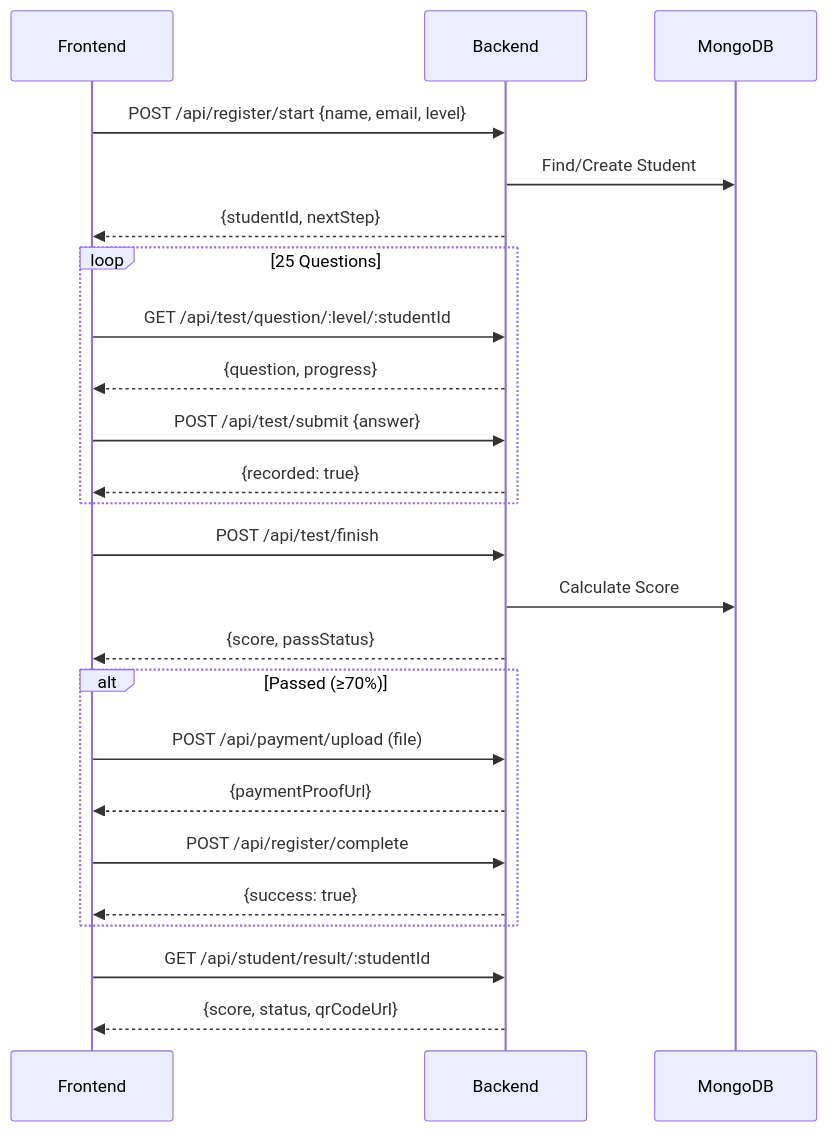
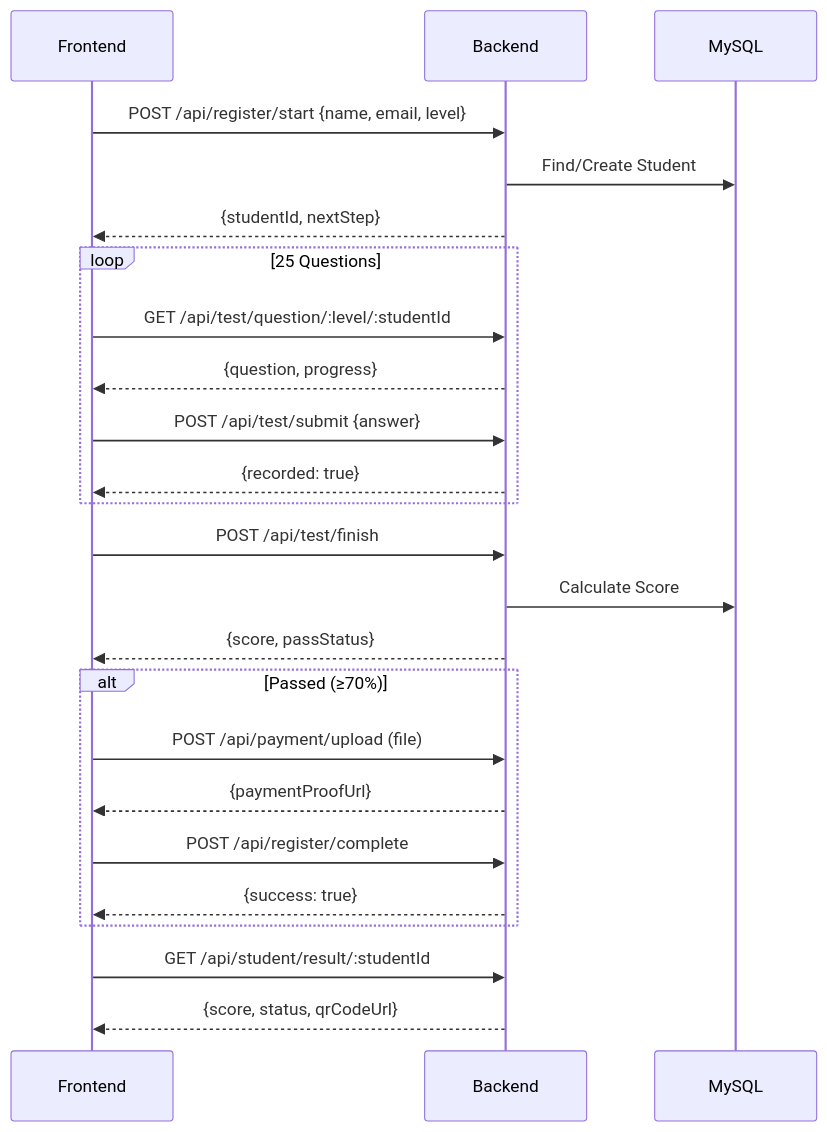
Before and after one commit to Nandenihon/nandenihon-ai: the diagram in README.md, drawn with Mermaid. The commit also changed other lines of this file and 45 other files, not shown here.

Commit message:
refactor: migrate database layer from MongoDB to MySQL and update associated API routes and data fetching logic.

````diff
--- a/README.md
+++ b/README.md
@@ -231,31 +230,31 @@
 ```mermaid
 sequenceDiagram
     participant FE as Frontend
     participant BE as Backend
-    participant DB as MongoDB
+    participant DB as MySQL
 
     FE->>BE: POST /api/register/start {name, email, level}
     BE->>DB: Find/Create Student
     BE-->>FE: {studentId, nextStep}
     
     loop 25 Questions
         FE->>BE: GET /api/test/question/:level/:studentId
         BE-->>FE: {question, progress}
         FE->>BE: POST /api/test/submit {answer}
         BE-->>FE: {recorded: true}
     end
     
     FE->>BE: POST /api/test/finish
     BE->>DB: Calculate Score
     BE-->>FE: {score, passStatus}
     
     alt Passed (≥70%)
         FE->>BE: POST /api/payment/upload (file)
         BE-->>FE: {paymentProofUrl}
         FE->>BE: POST /api/register/complete
         BE-->>FE: {success: true}
     end
     
     FE->>BE: GET /api/student/result/:studentId
     BE-->>FE: {score, status, qrCodeUrl}
 ```
````
